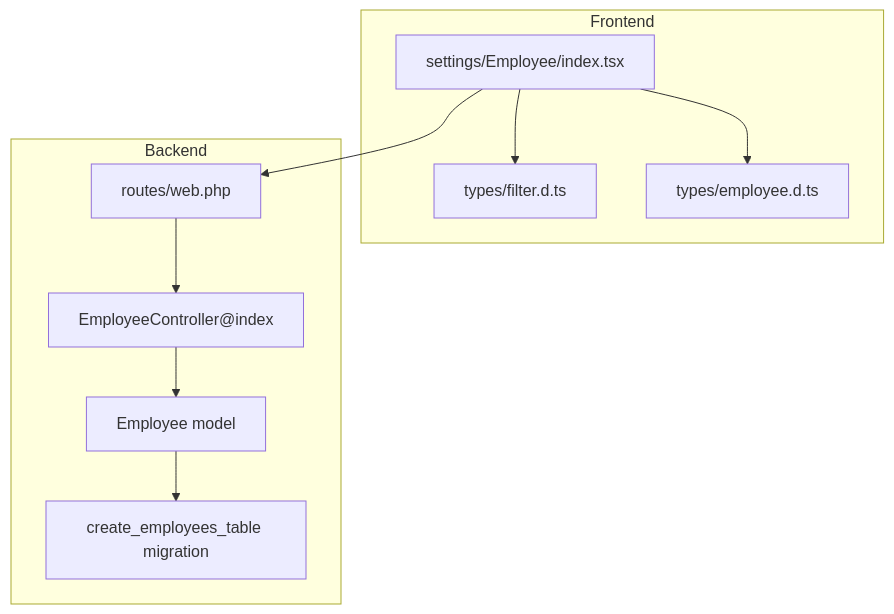
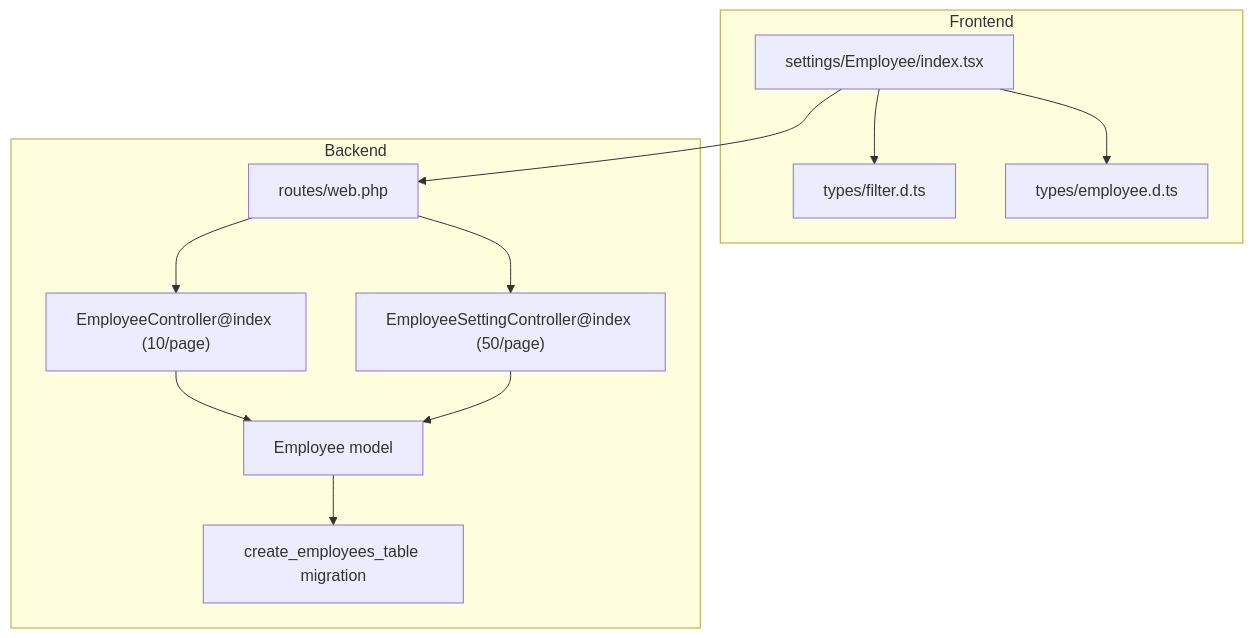
Before and after one commit to vincet0t15/template: the first of 3 diagrams in .qoder/repowiki/en/content/Employee Management/Employee Search and Filtering.md, drawn with Mermaid. The commit also changed other lines of this file and 7 other files, not shown here.

````diff
--- a/.qoder/repowiki/en/content/Employee Management/Employee Search and Filtering.md
+++ b/.qoder/repowiki/en/content/Employee Management/Employee Search and Filtering.md
@@ -34,20 +43,23 @@
 ```mermaid
 graph TB
 subgraph "Frontend"
 FE_Index["settings/Employee/index.tsx"]
 FE_FilterTypes["types/filter.d.ts"]
 FE_EmployeeTypes["types/employee.d.ts"]
 end
 subgraph "Backend"
 BE_Routes["routes/web.php"]
-BE_Controller["EmployeeController@index"]
+BE_EmployeeController["EmployeeController@index (10/page)"]
+BE_EmployeeSettingController["EmployeeSettingController@index (50/page)"]
 BE_Model["Employee model"]
 BE_Migration["create_employees_table migration"]
 end
 FE_Index --> FE_FilterTypes
 FE_Index --> FE_EmployeeTypes
 FE_Index --> BE_Routes
-BE_Routes --> BE_Controller
-BE_Controller --> BE_Model
+BE_Routes --> BE_EmployeeController
+BE_Routes --> BE_EmployeeSettingController
+BE_EmployeeController --> BE_Model
+BE_EmployeeSettingController --> BE_Model
 BE_Model --> BE_Migration
 ```
````
